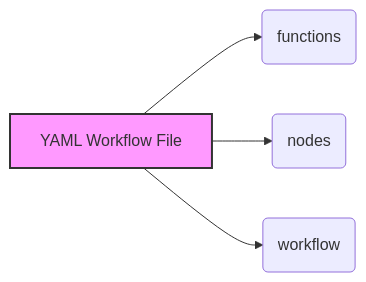
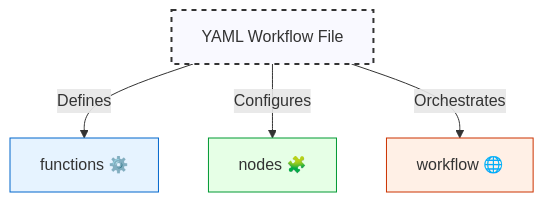
Before and after one commit to quantalogic/quantalogic: the first of 6 diagrams in quantalogic/flow/flow_yaml.md, drawn with Mermaid. The commit also changed other lines of this file, not shown here.

````diff
--- a/quantalogic/flow/flow_yaml.md
+++ b/quantalogic/flow/flow_yaml.md
@@ -34,7 +19,10 @@
 ```mermaid
-graph LR
-    A[YAML Workflow File] --> B(functions);
-    A --> C(nodes);
-    A --> D(workflow);
-    style A fill:#f9f,stroke:#333,stroke-width:2px
+graph TD
+    A[YAML Workflow File] -->|Defines| B[functions ⚙️]
+    A -->|Configures| C[nodes 🧩]
+    A -->|Orchestrates| D[workflow 🌐]
+    style A fill:#f9f9ff,stroke:#333,stroke-width:2px,stroke-dasharray:5
+    style B fill:#e6f3ff,stroke:#0066cc
+    style C fill:#e6ffe6,stroke:#009933
+    style D fill:#fff0e6,stroke:#cc3300
 ```
````
